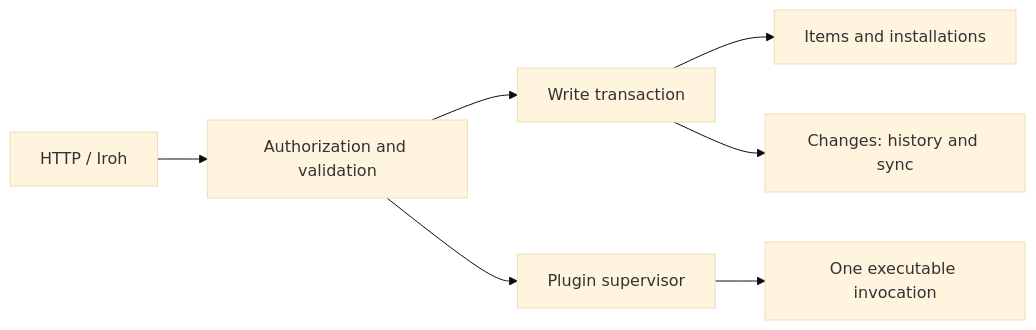
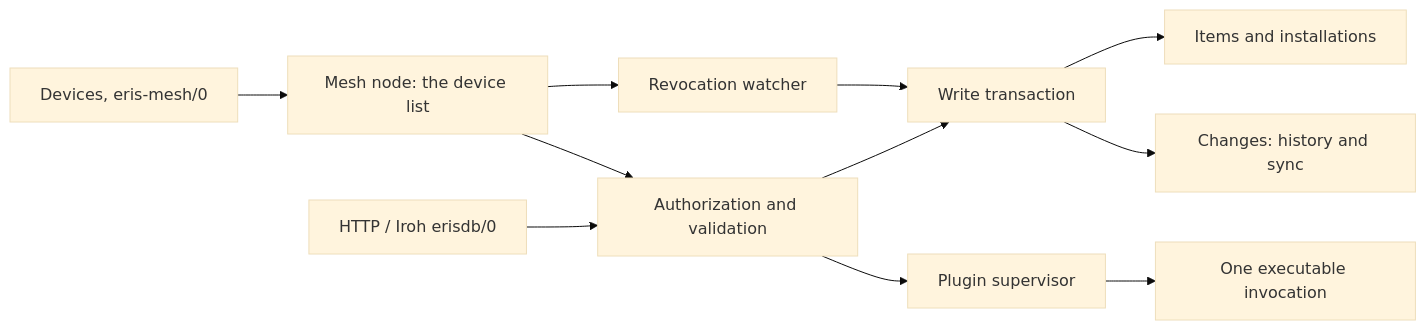
Before and after one commit to Eriskii/ErisDB: the diagram in docs/architecture.md, drawn with Mermaid (base theme). The commit also changed other lines of this file and 135 other files, not shown here.

````diff
--- a/docs/architecture.md
+++ b/docs/architecture.md
@@ -18,9 +29,13 @@
 ```mermaid
 flowchart LR
-    Transport[HTTP / Iroh] --> API[Authorization and validation]
+    Transport[HTTP / Iroh erisdb/0] --> API[Authorization and validation]
+    Devices[Devices, eris-mesh/0] --> Node[Mesh node: the device list]
+    Node --> API
+    Node --> Watcher[Revocation watcher]
     API --> Write[Write transaction]
+    Watcher --> Write
     Write --> Items[Items and installations]
     Write --> Changes[Changes: history and sync]
     API --> Plugins[Plugin supervisor]
     Plugins --> Child[One executable invocation]
 ```
````
